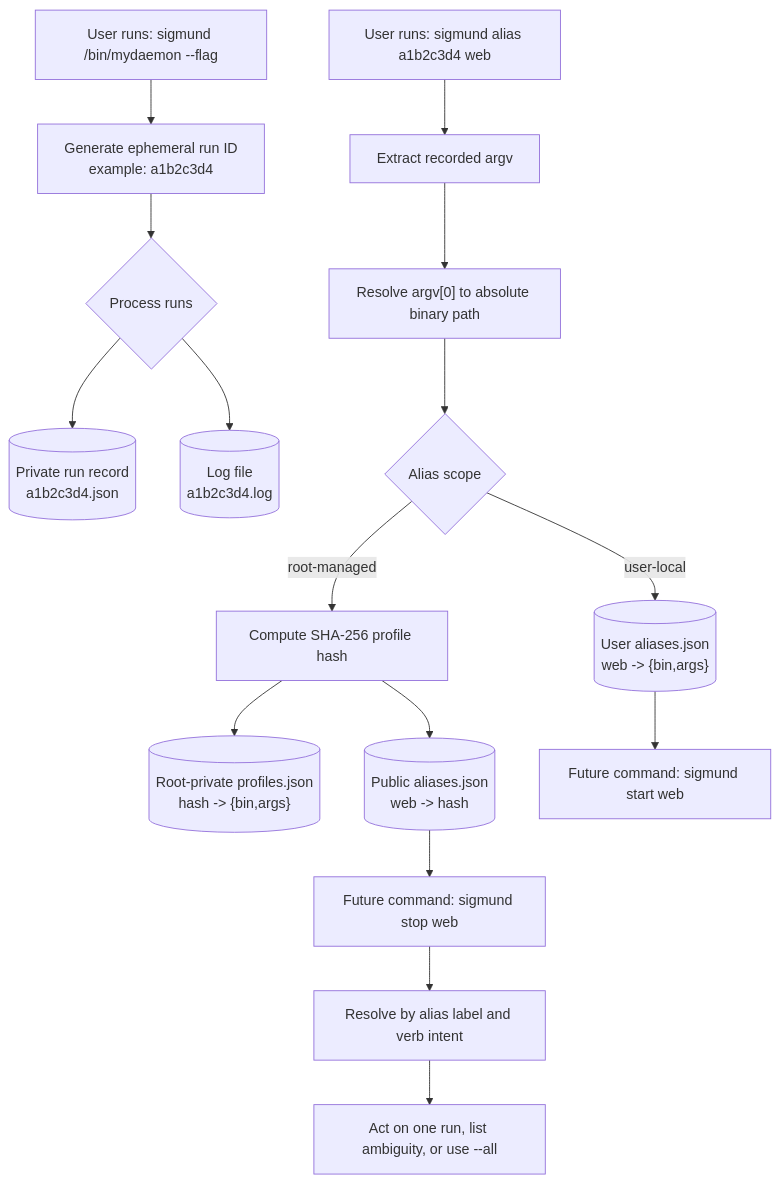
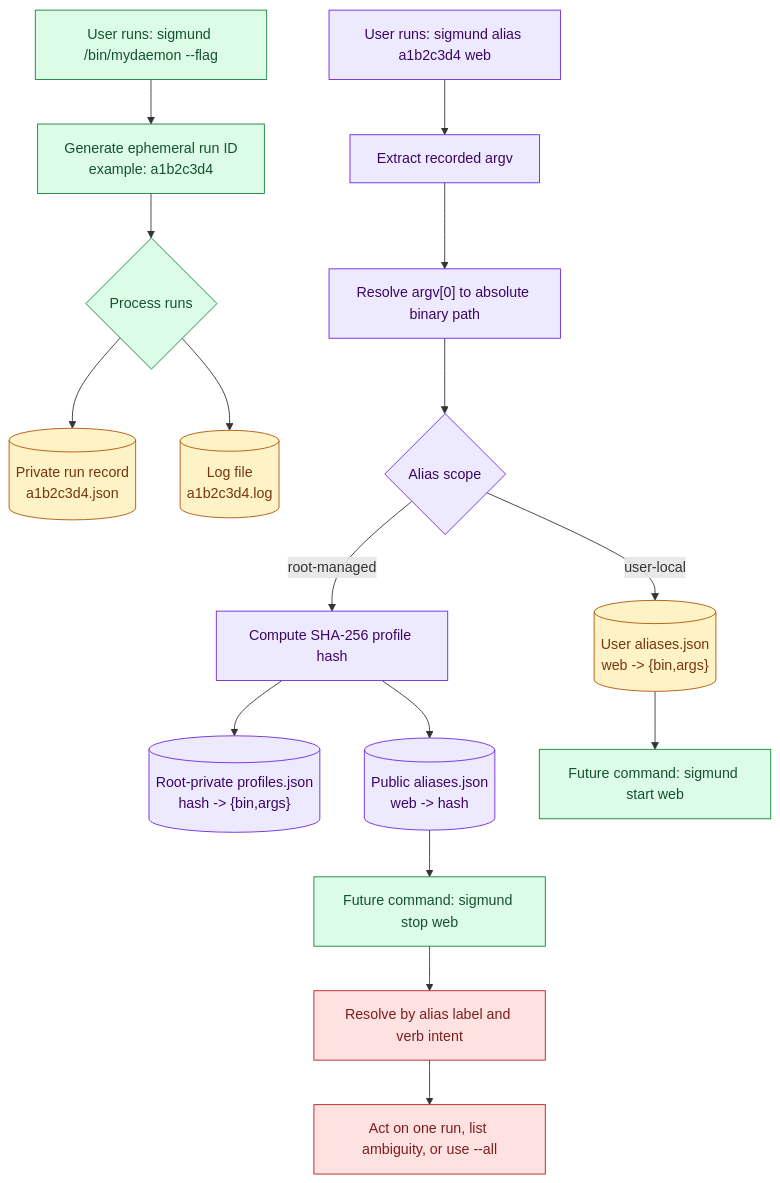
One commit to RchGrav/onhold changed the first of 4 diagrams in README.md. Above: the diagram before and after it, drawn with Mermaid. The commit also changed other lines of this file and 13 other files, not shown here.

````diff
--- a/README.md
+++ b/README.md
@@ -79,20 +80,29 @@
 ```mermaid
 flowchart TD
     A["User runs: sigmund /bin/mydaemon --flag"] --> B["Generate ephemeral run ID<br/>example: a1b2c3d4"]
     B --> C{"Process runs"}
     C --> D[("Private run record<br/>a1b2c3d4.json")]
     C --> E[("Log file<br/>a1b2c3d4.log")]
 
     F["User runs: sigmund alias a1b2c3d4 web"] --> G["Extract recorded argv"]
     G --> H["Resolve argv[0] to absolute binary path"]
     H --> I{"Alias scope"}
     I -->|"user-local"| J[("User aliases.json<br/>web -> {bin,args}")]
     I -->|"root-managed"| K["Compute SHA-256 profile hash"]
     K --> L[("Root-private profiles.json<br/>hash -> {bin,args}")]
     K --> M[("Public aliases.json<br/>web -> hash")]
 
     J --> N["Future command: sigmund start web"]
     M --> O["Future command: sigmund stop web"]
     O --> P["Resolve by alias label and verb intent"]
     P --> Q["Act on one run, list ambiguity, or use --all"]
+
+    classDef launch fill:#dcfce7,stroke:#15803d,color:#14532d
+    classDef state fill:#fef3c7,stroke:#b45309,color:#78350f
+    classDef profile fill:#ede9fe,stroke:#6d28d9,color:#3b0764
+    classDef action fill:#fee2e2,stroke:#b91c1c,color:#7f1d1d
+    class A,B,C,N,O launch
+    class D,E,J state
+    class F,G,H,I,K,L,M profile
+    class P,Q action
 ```
````
